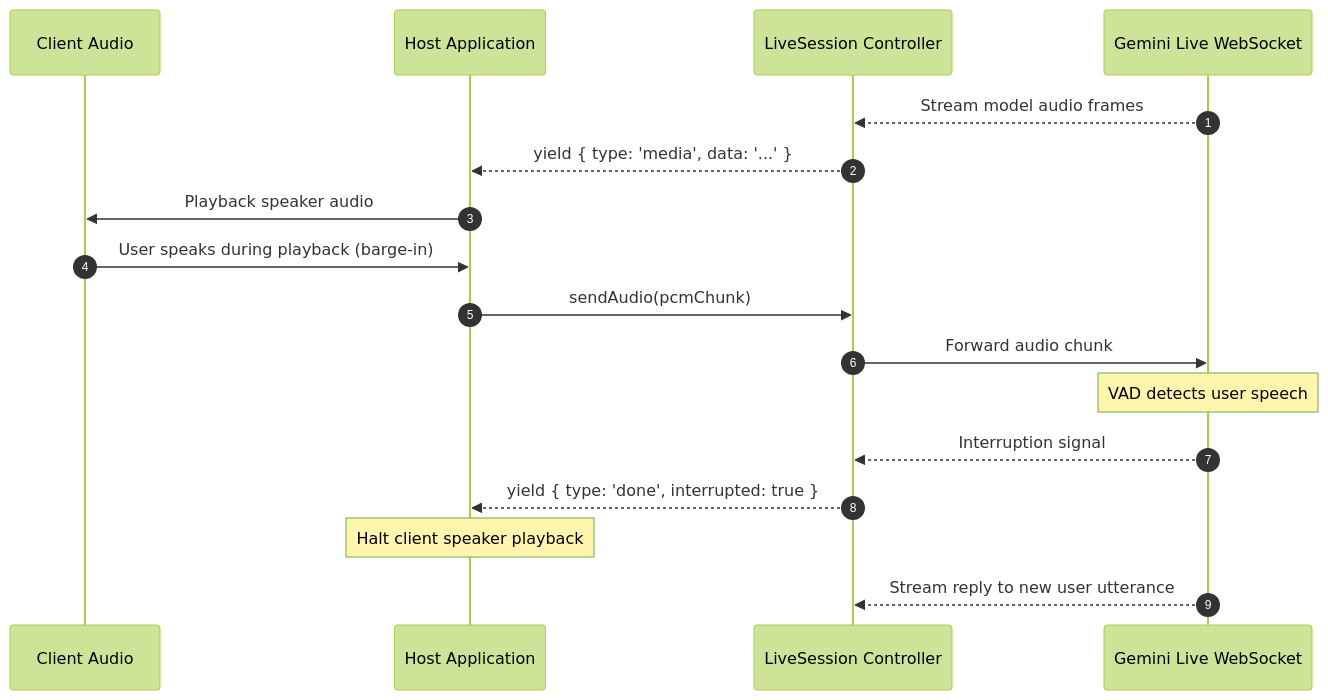
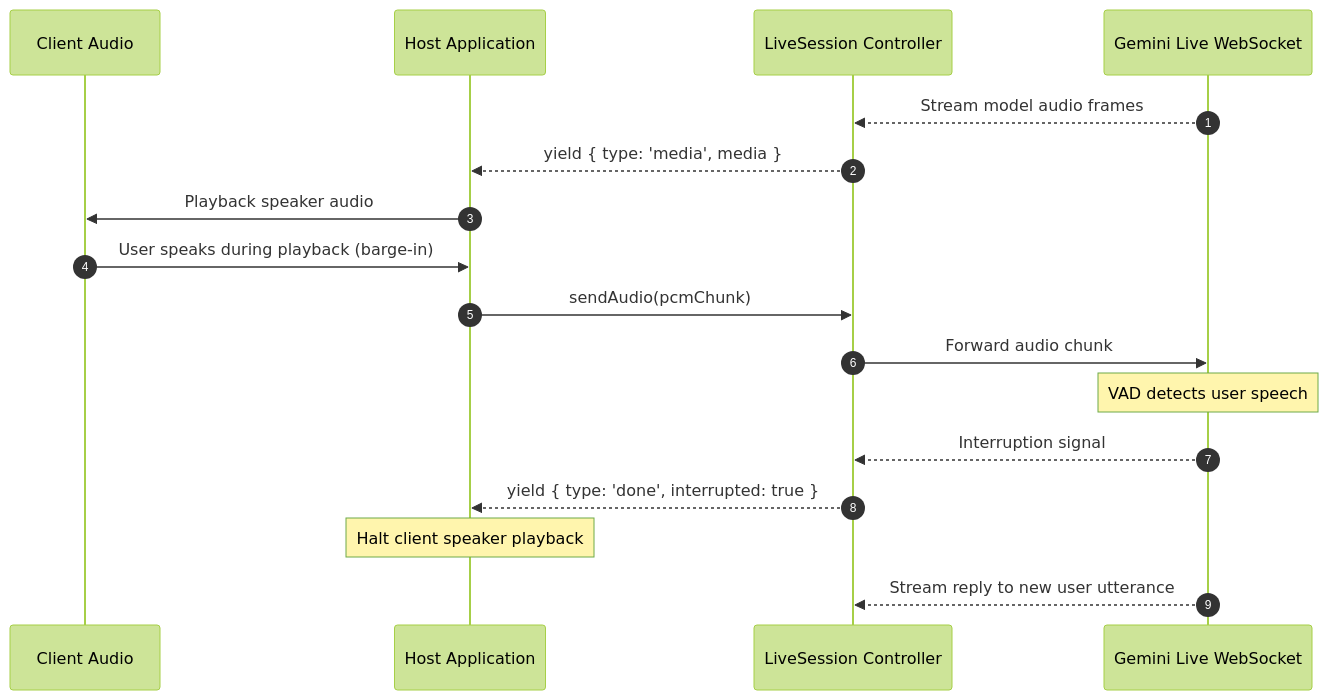
The first of 2 diagrams in app/lib/docs/articles/profiles/live.md (masudl-hub/theoremai-frontend), drawn with Mermaid (forest theme) before and after one commit. The commit also changed other lines of this file and 54 other files, not shown here.

````diff
--- a/app/lib/docs/articles/profiles/live.md
+++ b/app/lib/docs/articles/profiles/live.md
@@ -59,20 +59,20 @@
 ```mermaid
 sequenceDiagram
     autonumber
     participant User as Client Audio
     participant App as Host Application
     participant Kernel as LiveSession Controller
     participant Gemini as Gemini Live WebSocket
 
     Gemini-->>Kernel: Stream model audio frames
-    Kernel-->>App: yield { type: 'media', data: '...' }
+    Kernel-->>App: yield { type: 'media', media }
     App->>User: Playback speaker audio
     User->>App: User speaks during playback (barge-in)
     App->>Kernel: sendAudio(pcmChunk)
     Kernel->>Gemini: Forward audio chunk
     Note over Gemini: VAD detects user speech
     Gemini-->>Kernel: Interruption signal
     Kernel-->>App: yield { type: 'done', interrupted: true }
     Note over App: Halt client speaker playback
     Gemini-->>Kernel: Stream reply to new user utterance
 ```
````
